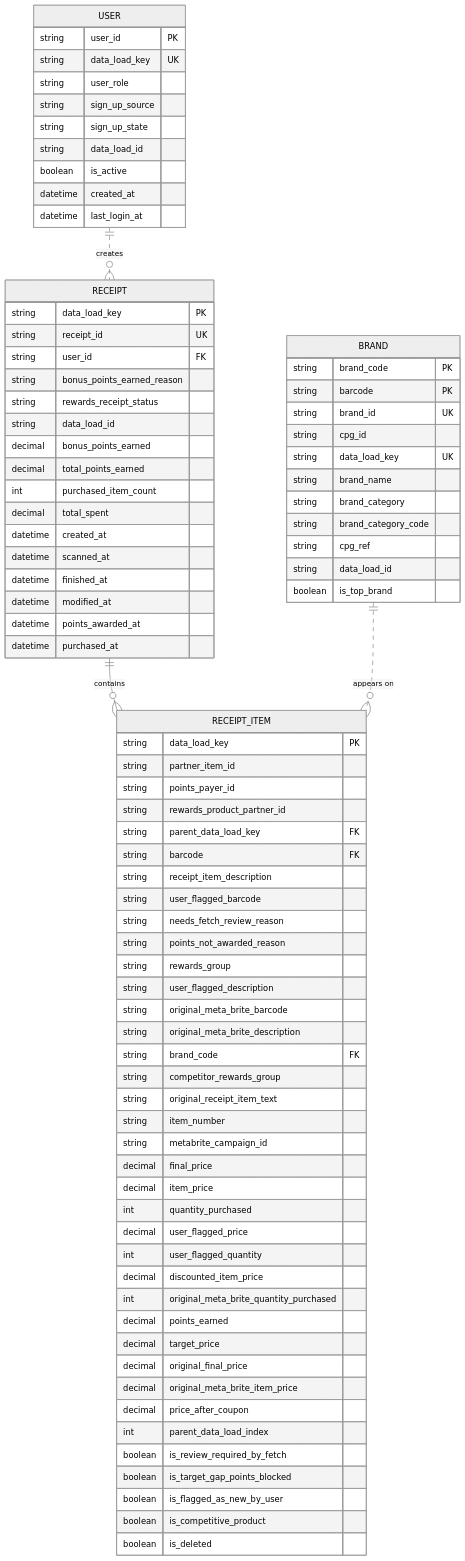
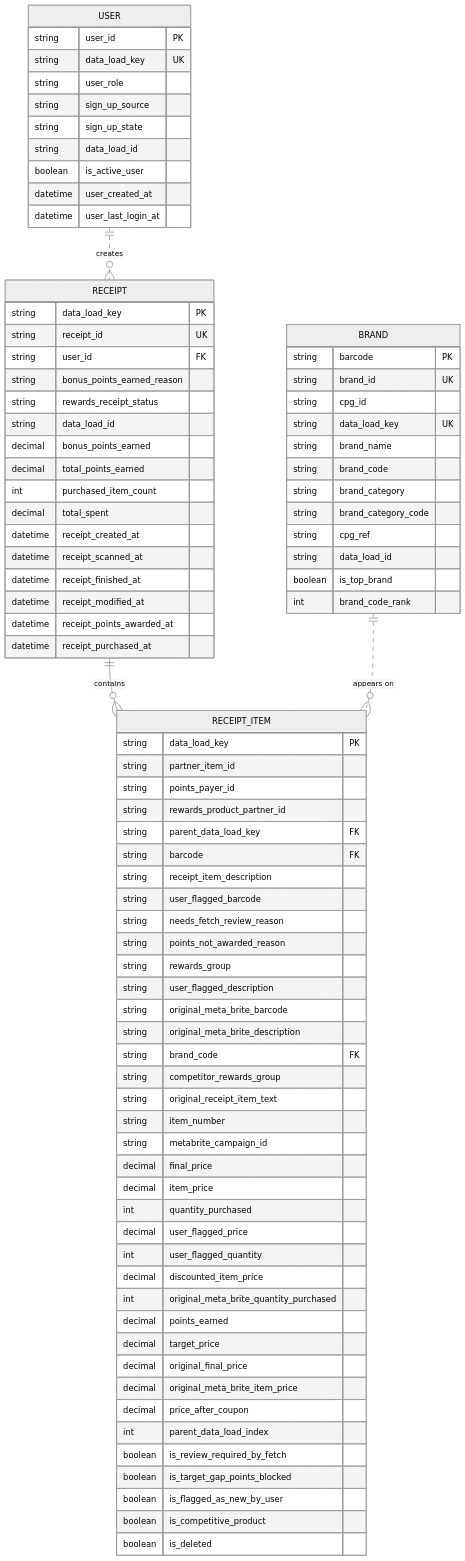
The diagram in README.md (cmcnicoll/tech-assessment-alpha), drawn with Mermaid (neutral theme) before and after one commit. The commit also changed 7 other files, not shown here.

```diff
--- a/README.md
+++ b/README.md
@@ -46,23 +46,24 @@
         string sign_up_source
         string sign_up_state
         string data_load_id
-        boolean is_active
-        datetime created_at
-        datetime last_login_at
+        boolean is_active_user
+        datetime user_created_at
+        datetime user_last_login_at
     }
 
     BRAND {
-        string brand_code PK
         string barcode PK
         string brand_id UK
         string cpg_id
         string data_load_key UK
         string brand_name
+        string brand_code
         string brand_category
         string brand_category_code
         string cpg_ref
         string data_load_id
         boolean is_top_brand
+        int brand_code_rank
     }
 
     RECEIPT {
@@ -76,12 +77,12 @@
         decimal total_points_earned
         int purchased_item_count
         decimal total_spent
-        datetime created_at
-        datetime scanned_at
-        datetime finished_at
-        datetime modified_at
-        datetime points_awarded_at
-        datetime purchased_at
+        datetime receipt_created_at
+        datetime receipt_scanned_at
+        datetime receipt_finished_at
+        datetime receipt_modified_at
+        datetime receipt_points_awarded_at
+        datetime receipt_purchased_at
     }
 
     RECEIPT_ITEM {
```
